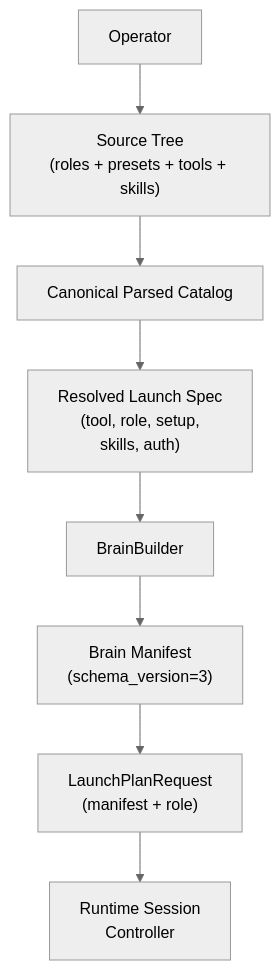
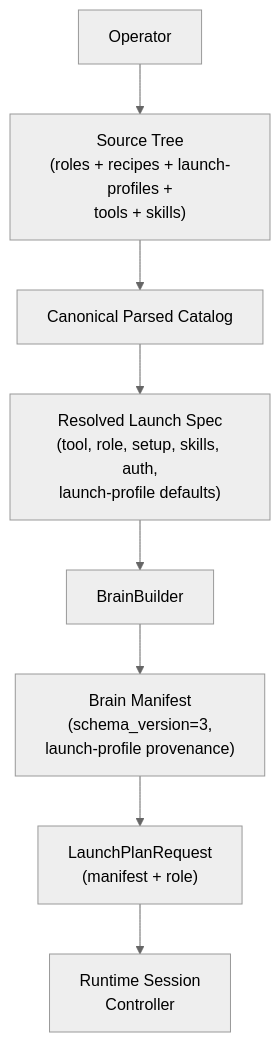
One commit to igamenovoer/houmao changed the diagram in docs/getting-started/overview.md. Above: the diagram before and after it, drawn with Mermaid (neutral theme). The commit also changed other lines of this file and 31 other files, not shown here.

First line of the commit message:
docs: revise documentation for launch profiles

````diff
--- a/docs/getting-started/overview.md
+++ b/docs/getting-started/overview.md
@@ -7,10 +7,10 @@
 ```mermaid
 flowchart TD
-    Op["Operator"] --> SRC["Source Tree<br/>(roles + presets + tools + skills)"]
+    Op["Operator"] --> SRC["Source Tree<br/>(roles + recipes + launch-profiles +<br/>tools + skills)"]
     SRC --> CAT["Canonical Parsed Catalog"]
-    CAT --> RLS["Resolved Launch Spec<br/>(tool, role, setup,<br/>skills, auth)"]
+    CAT --> RLS["Resolved Launch Spec<br/>(tool, role, setup, skills, auth,<br/>launch-profile defaults)"]
     RLS --> BB["BrainBuilder"]
-    BB --> BM["Brain Manifest<br/>(schema_version=3)"]
+    BB --> BM["Brain Manifest<br/>(schema_version=3,<br/>launch-profile provenance)"]
     BM --> LP["LaunchPlanRequest<br/>(manifest + role)"]
     LP --> RT["Runtime Session<br/>Controller"]
 ```
````
